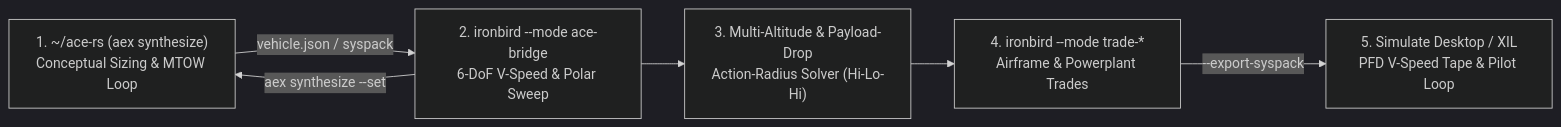
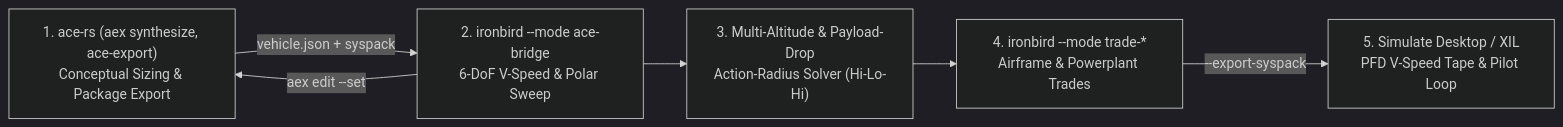
One commit to luofang34/Simulate changed the diagram in book/src/ace-rs-codesign-and-missions.md. Above: the diagram before and after it, drawn with Mermaid (dark theme). The commit also changed other lines of this file and 16 other files, not shown here.

````diff
--- a/book/src/ace-rs-codesign-and-missions.md
+++ b/book/src/ace-rs-codesign-and-missions.md
@@ -13,8 +13,8 @@
 ```mermaid
 flowchart LR
-    A["1. ~/ace-rs (aex synthesize)<br/>Conceptual Sizing & MTOW Loop"] -->|"vehicle.json / syspack"| B["2. ironbird --mode ace-bridge<br/>6-DoF V-Speed & Polar Sweep"]
+    A["1. ace-rs (aex synthesize, ace-export)<br/>Conceptual Sizing & Package Export"] -->|"vehicle.json + syspack"| B["2. ironbird --mode ace-bridge<br/>6-DoF V-Speed & Polar Sweep"]
     B --> C["3. Multi-Altitude & Payload-Drop<br/>Action-Radius Solver (Hi-Lo-Hi)"]
     C --> D["4. ironbird --mode trade-*<br/>Airframe & Powerplant Trades"]
     D -->|"--export-syspack"| E["5. Simulate Desktop / XIL<br/>PFD V-Speed Tape & Pilot Loop"]
-    B -->|"aex synthesize --set"| A
+    B -->|"aex edit --set"| A
 ```
````
